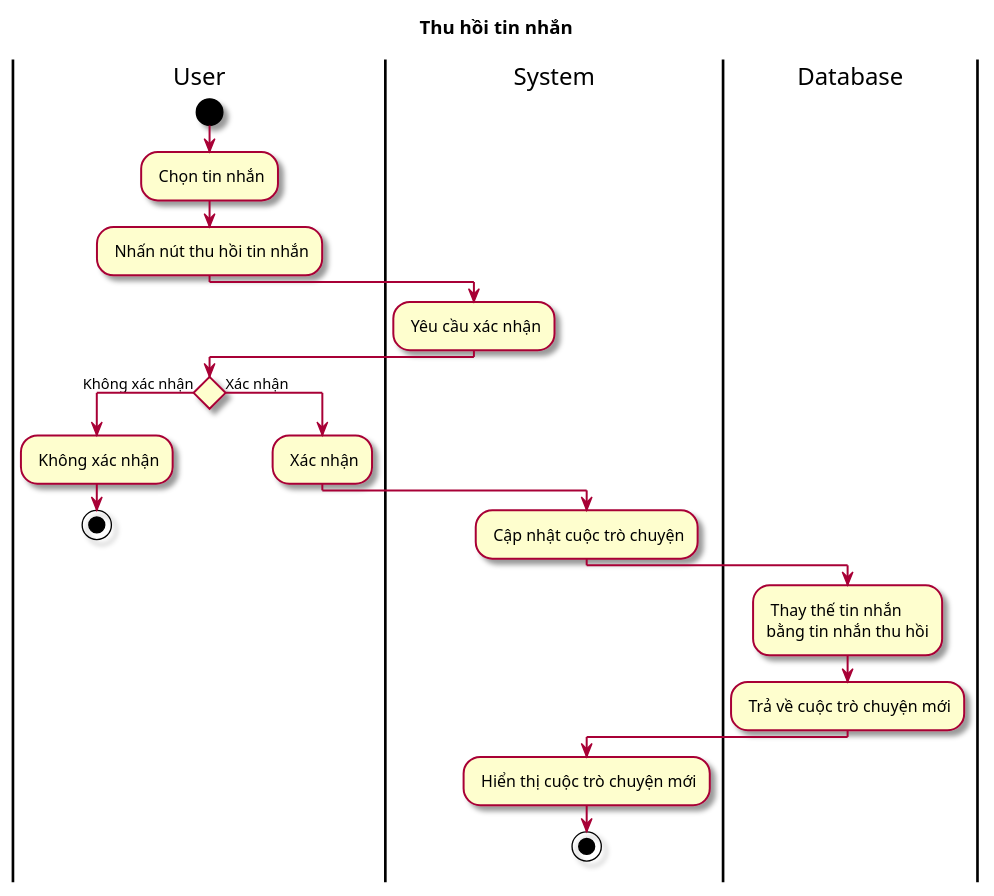
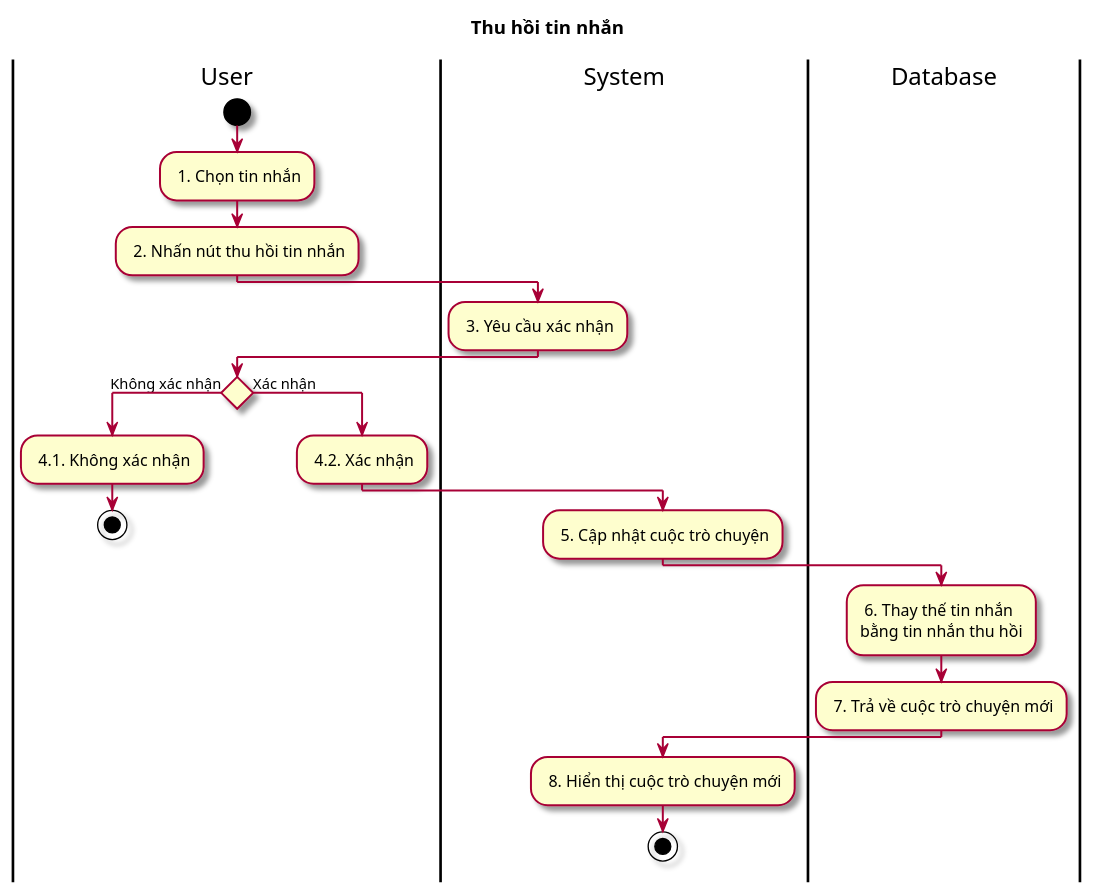
The diagram in Lab1/Lab 1.2 Diagram/Activity/FileUML/11.3. ActThuHoiTinNhan.puml (Griselda4774/EAS-EmploymentAssistanceSystem), drawn with PlantUML before and after one commit. The commit also changed 44 other files, not shown here.

Commit message:
update act diagram

```diff
--- a/Lab1/Lab 1.2 Diagram/Activity/FileUML/11.3. ActThuHoiTinNhan.puml
+++ b/Lab1/Lab 1.2 Diagram/Activity/FileUML/11.3. ActThuHoiTinNhan.puml
@@ -1,27 +1,27 @@
 @startuml ActThuHoiTinNhan
 
 skin rose
 title Thu hồi tin nhắn
 
 |User|
 start 
-: Chọn tin nhắn;
-: Nhấn nút thu hồi tin nhắn;
+: 1. Chọn tin nhắn;
+: 2. Nhấn nút thu hồi tin nhắn;
 |System|
-: Yêu cầu xác nhận;
+: 3. Yêu cầu xác nhận;
 |User|
 if () then (Không xác nhận)
-: Không xác nhận;
+: 4.1. Không xác nhận;
 stop
 else (Xác nhận)
 |User|
-: Xác nhận;
+: 4.2. Xác nhận;
 |System|
-: Cập nhật cuộc trò chuyện;
+: 5. Cập nhật cuộc trò chuyện;
 |Database|
-: Thay thế tin nhắn\nbằng tin nhắn thu hồi;
-: Trả về cuộc trò chuyện mới;
+: 6. Thay thế tin nhắn\nbằng tin nhắn thu hồi;
+: 7. Trả về cuộc trò chuyện mới;
 |System|
-: Hiển thị cuộc trò chuyện mới;
+: 8. Hiển thị cuộc trò chuyện mới;
 stop
 @enduml
```
